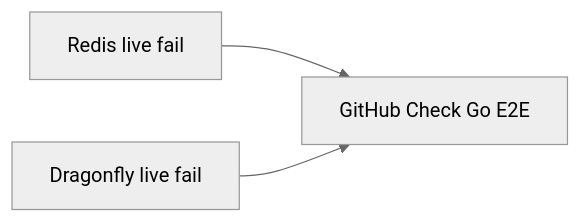
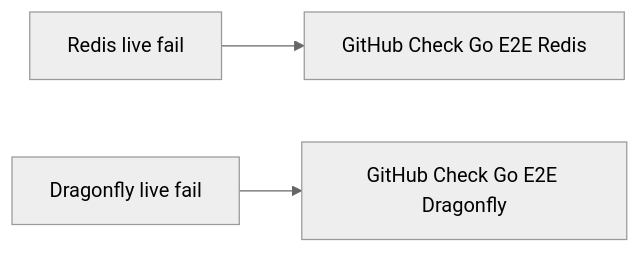
The diagram in devstate/2026/09/2026-09-12-ci-e2e-split-engines/card.md (david-garcia-garcia/traefik-middleware-utilities), drawn with Mermaid (neutral theme) before and after one commit. The commit also changed other lines of this file and 3 other files, not shown here.

````diff
--- a/devstate/2026/09/2026-09-12-ci-e2e-split-engines/card.md
+++ b/devstate/2026/09/2026-09-12-ci-e2e-split-engines/card.md
@@ -17,8 +17,9 @@
 ```mermaid
 flowchart LR
   redisFail[Redis live fail]
   dfFail[Dragonfly live fail]
-  oneCheck[GitHub Check Go E2E]
-  redisFail --> oneCheck
-  dfFail --> oneCheck
+  redisCheck[GitHub Check Go E2E Redis]
+  dfCheck[GitHub Check Go E2E Dragonfly]
+  redisFail --> redisCheck
+  dfFail --> dfCheck
 ```
````
